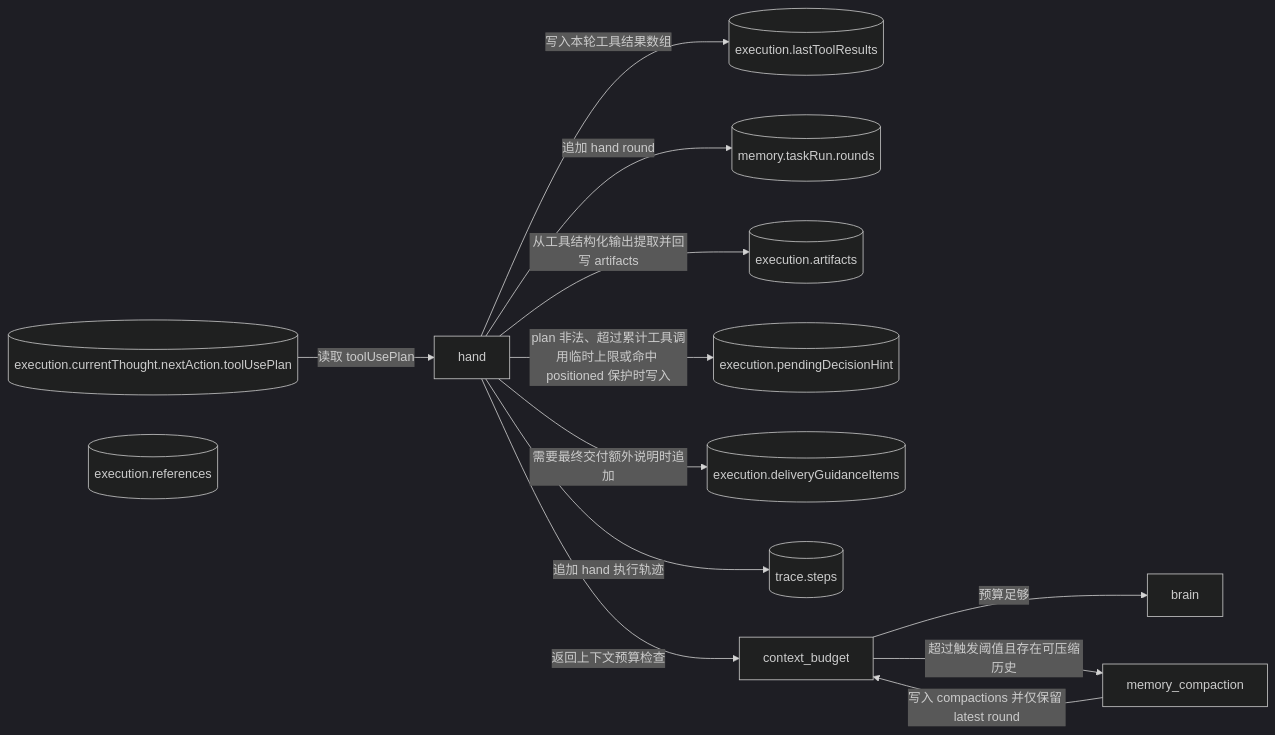
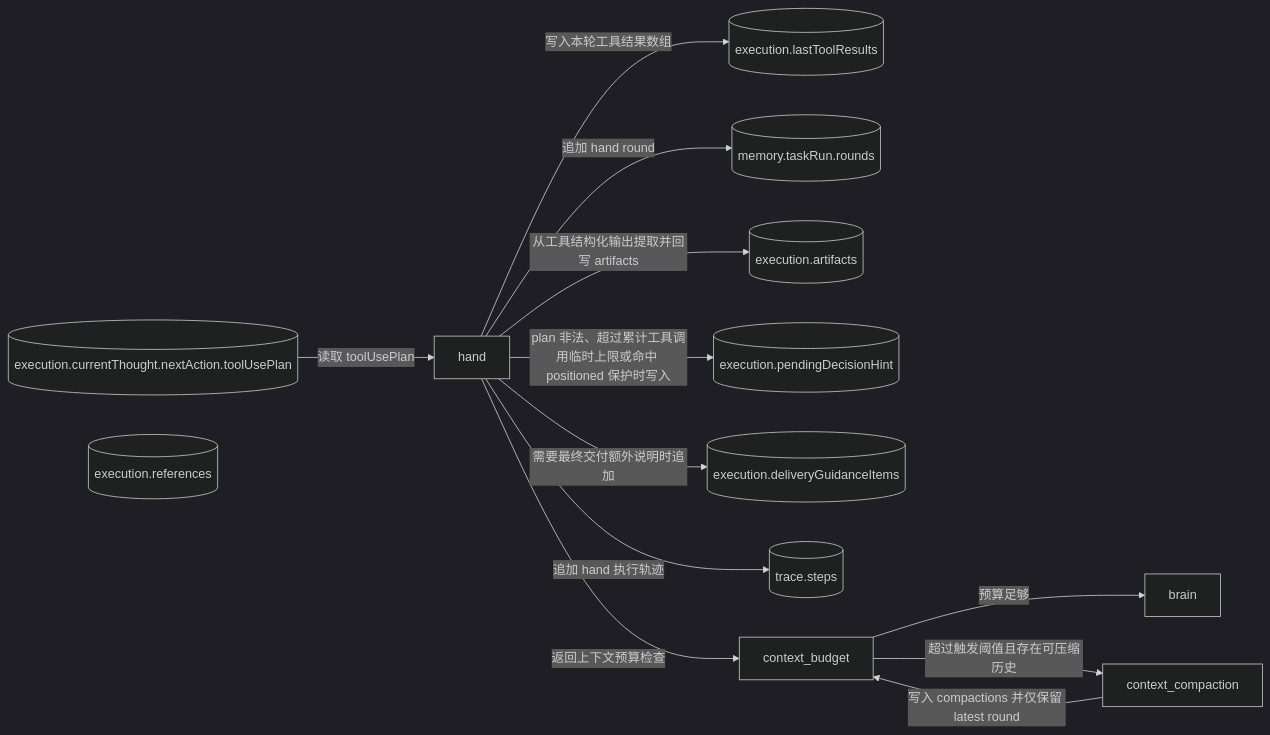
One commit to Yoan98/Ncurator changed the fourth of 5 diagrams in doc/ai-design/data-definition-and-flow.md. Above: the diagram before and after it, drawn with Mermaid (dark theme). The commit also changed other lines of this file and 8 other files, not shown here.

Commit message:
refactor: replace memory_compaction with context_compaction across the codebase

````diff
--- a/doc/ai-design/data-definition-and-flow.md
+++ b/doc/ai-design/data-definition-and-flow.md
@@ -1170,27 +1170,27 @@
 ```mermaid
 flowchart LR
     CD[("execution.currentThought.nextAction.toolUsePlan")]
     H["hand"]
     LTR[("execution.lastToolResults")]
     PM[("memory.taskRun.rounds")]
     A[("execution.artifacts")]
     RF[("execution.references")]
     WH[("execution.pendingDecisionHint")]
     DG[("execution.deliveryGuidanceItems")]
     TR[("trace.steps")]
     CB["context_budget"]
-    MC["memory_compaction"]
+    MC["context_compaction"]
     B["brain"]
 
     CD -->|读取 toolUsePlan| H
     H -->|写入本轮工具结果数组| LTR
     H -->|追加 hand round| PM
     H -->|从工具结构化输出提取并回写 artifacts| A
     H -->|plan 非法、超过累计工具调用临时上限或命中 positioned 保护时写入| WH
     H -->|需要最终交付额外说明时追加| DG
     H -->|追加 hand 执行轨迹| TR
     H -->|返回上下文预算检查| CB
     CB -->|预算足够| B
     CB -->|超过触发阈值且存在可压缩历史| MC
     MC -->|写入 compactions 并仅保留 latest round| CB
 ```
````
